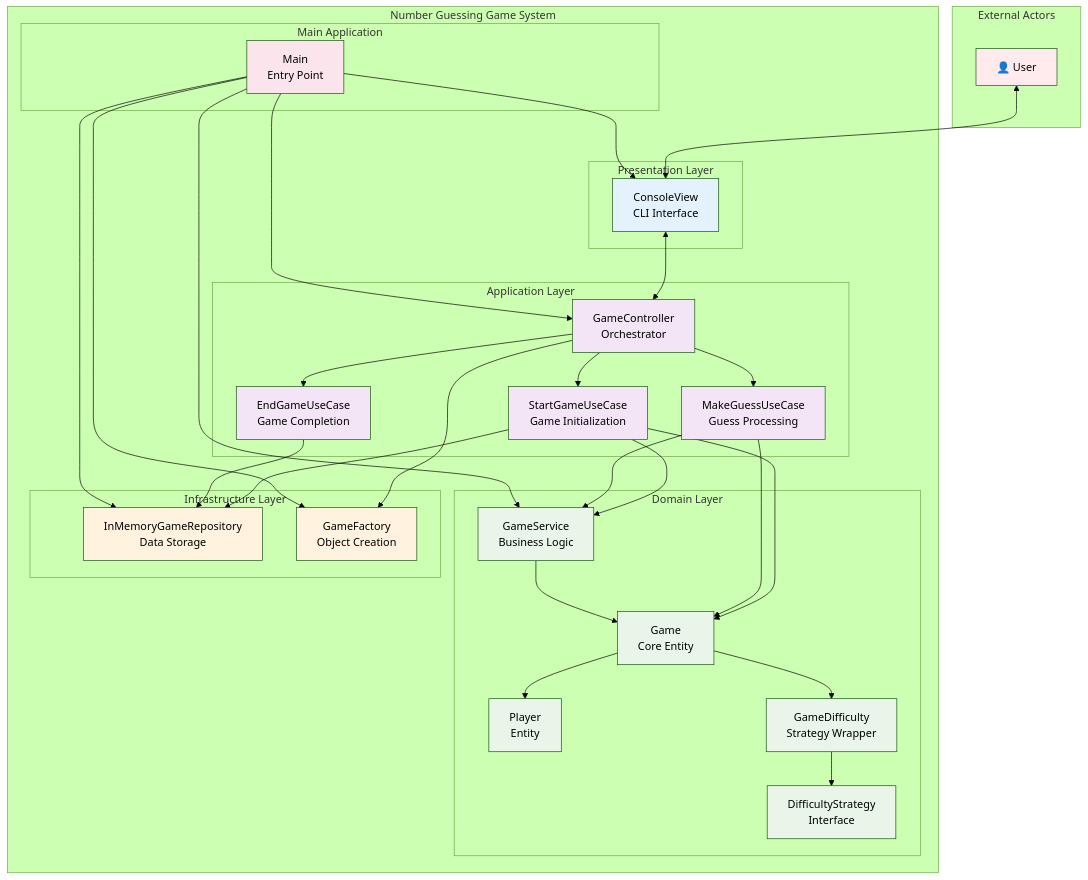
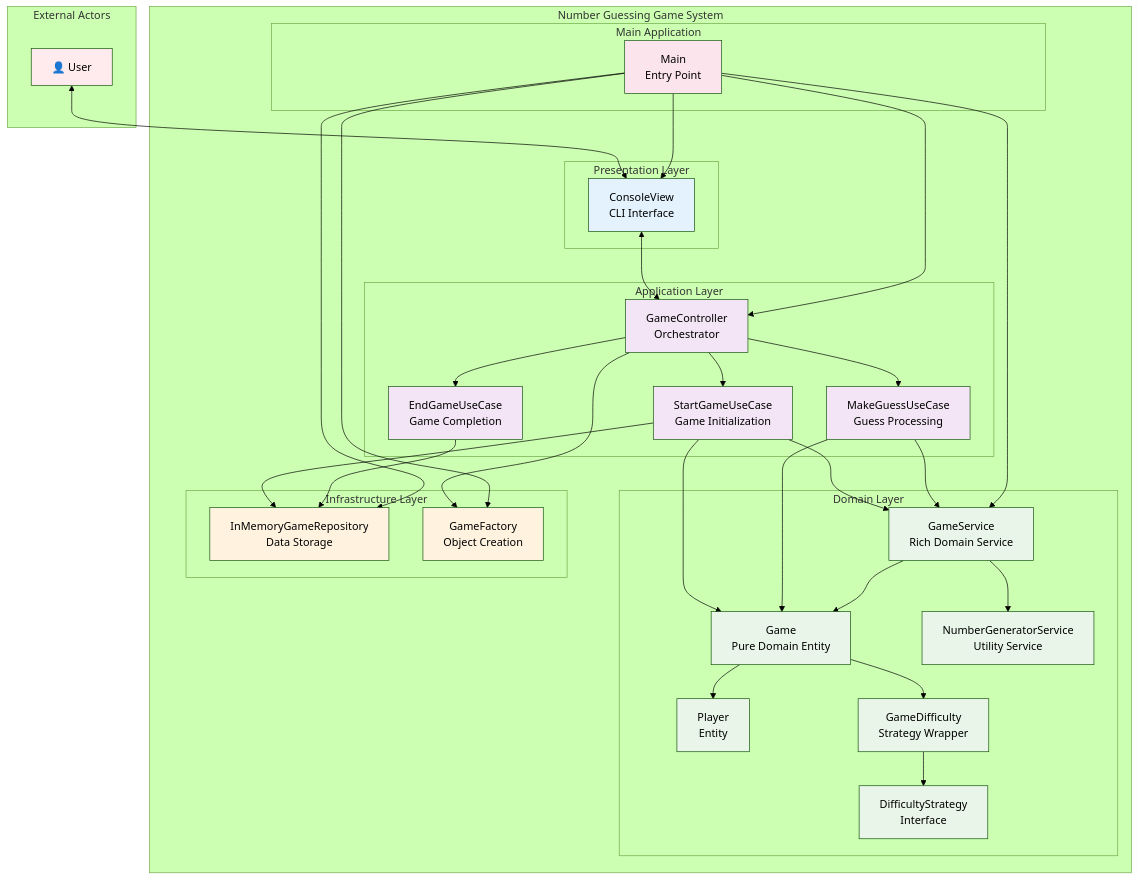
The first of 3 diagrams in number-guessing-game/UML Diagrams/ComponentDiagram.md (Shockp/Backend-Projects), drawn with Mermaid (forest theme) before and after one commit. The commit also changed other lines of this file and 8 other files, not shown here.

````diff
--- a/number-guessing-game/UML Diagrams/ComponentDiagram.md
+++ b/number-guessing-game/UML Diagrams/ComponentDiagram.md
@@ -21,11 +21,12 @@
         end
 
         subgraph "Domain Layer"
-            GameService[GameService<br/>Business Logic]
-            Game[Game<br/>Core Entity]
+            GameService[GameService<br/>Rich Domain Service]
+            Game[Game<br/>Pure Domain Entity]
             Player[Player<br/>Entity]
             GameDifficulty[GameDifficulty<br/>Strategy Wrapper]
             DifficultyStrategy[DifficultyStrategy<br/>Interface]
+            NumberGeneratorService[NumberGeneratorService<br/>Utility Service]
         end
 
         subgraph "Infrastructure Layer"
@@ -62,6 +63,7 @@
 
     %% Domain layer internal
     GameService --> Game
+    GameService --> NumberGeneratorService
     Game --> Player
     Game --> GameDifficulty
     GameDifficulty --> DifficultyStrategy
@@ -84,7 +86,7 @@
     class User external
     class ConsoleView presentation
     class GameController,StartGameUseCase,MakeGuessUseCase,EndGameUseCase application
-    class GameService,Game,Player,GameDifficulty,DifficultyStrategy domain
+    class GameService,Game,Player,GameDifficulty,DifficultyStrategy,NumberGeneratorService domain
     class InMemoryGameRepository,GameFactory infrastructure
     class Main main
 ```
````
